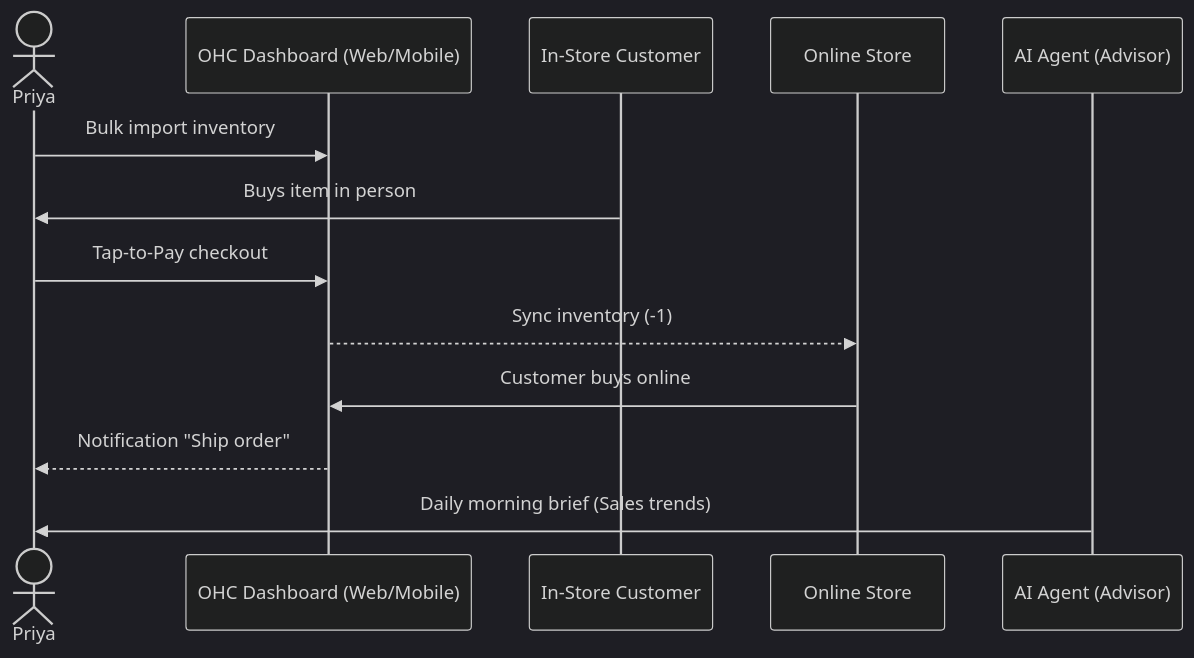
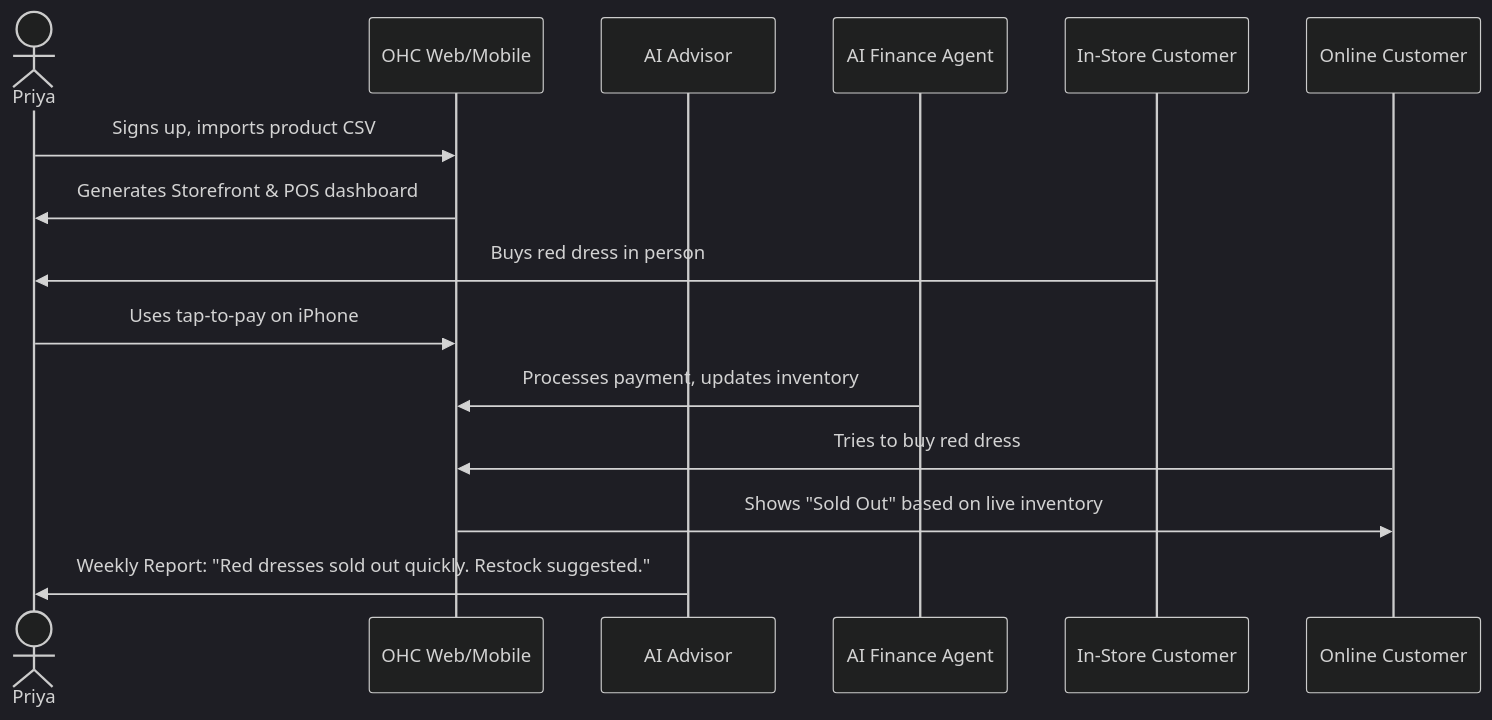
The third of 5 diagrams in docs/architecture/ohc_business_journey_architecture.md (omnisolo-llc/onehumancorp), drawn with Mermaid (dark theme) before and after one commit. The commit also changed other lines of this file, not shown here.

First line of the commit message:
docs: Update Business Journey Architecture document

````diff
--- a/docs/architecture/ohc_business_journey_architecture.md
+++ b/docs/architecture/ohc_business_journey_architecture.md
@@ -93,16 +91,18 @@
 ```mermaid
 sequenceDiagram
     actor Priya
-    participant OHC Dashboard (Web/Mobile)
+    participant OHC Web/Mobile
+    participant AI Advisor
+    participant AI Finance Agent
     participant In-Store Customer
-    participant Online Store
-    participant AI Agent (Advisor)
+    participant Online Customer
 
-    Priya->>OHC Dashboard (Web/Mobile): Bulk import inventory
-    In-Store Customer->>Priya: Buys item in person
-    Priya->>OHC Dashboard (Web/Mobile): Tap-to-Pay checkout
-    OHC Dashboard (Web/Mobile)-->>Online Store: Sync inventory (-1)
-    Online Store->>OHC Dashboard (Web/Mobile): Customer buys online
-    OHC Dashboard (Web/Mobile)-->>Priya: Notification "Ship order"
-    AI Agent (Advisor)->>Priya: Daily morning brief (Sales trends)
+    Priya->>OHC Web/Mobile: Signs up, imports product CSV
+    OHC Web/Mobile->>Priya: Generates Storefront & POS dashboard
+    In-Store Customer->>Priya: Buys red dress in person
+    Priya->>OHC Web/Mobile: Uses tap-to-pay on iPhone
+    AI Finance Agent->>OHC Web/Mobile: Processes payment, updates inventory
+    Online Customer->>OHC Web/Mobile: Tries to buy red dress
+    OHC Web/Mobile->>Online Customer: Shows "Sold Out" based on live inventory
+    AI Advisor->>Priya: Weekly Report: "Red dresses sold out quickly. Restock suggested."
 ```
````
